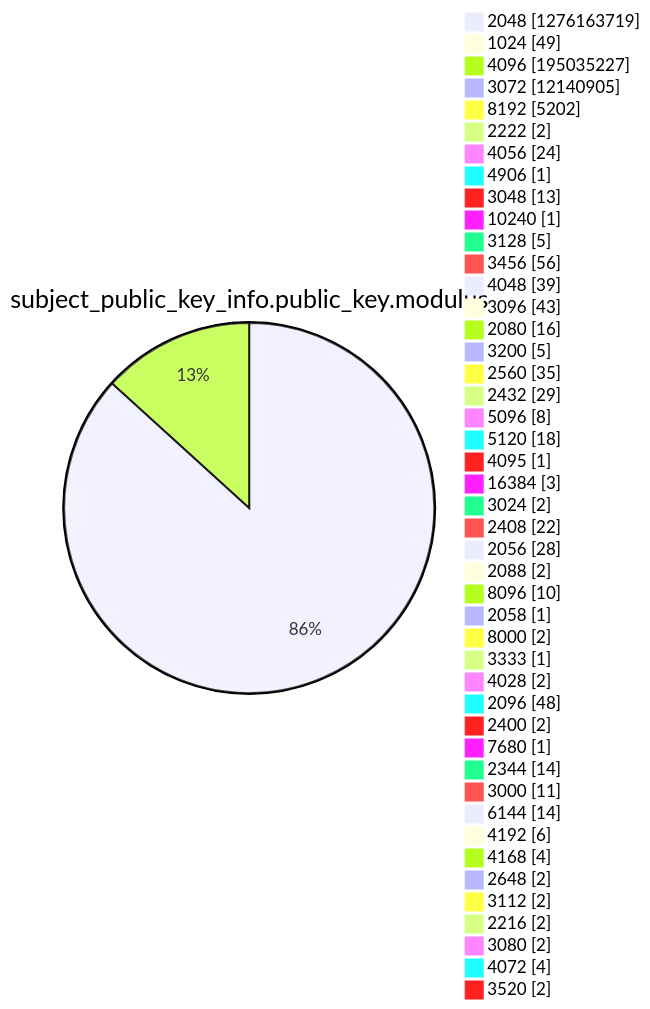
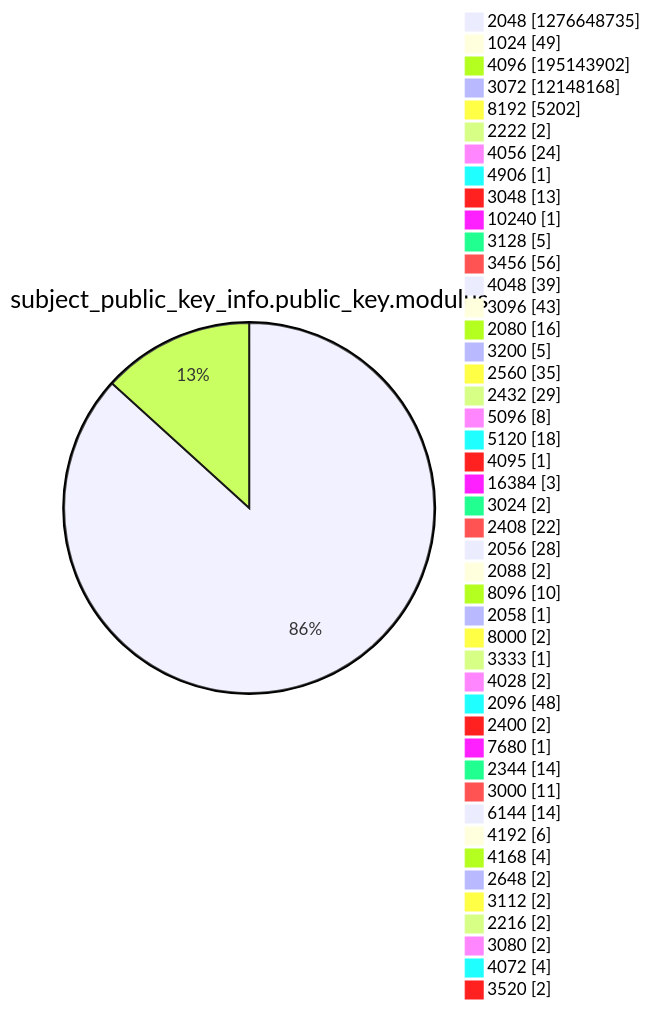
One commit to christiankrug/ctmonitor_visualization changed diagram 13 of 15 in xenon2022/README.md. Above: the diagram before and after it, drawn with Mermaid. The commit also changed other lines of this file, not shown here.

````diff
--- a/xenon2022/README.md
+++ b/xenon2022/README.md
@@ -3920,49 +3920,49 @@
 ```mermaid
 pie showData
 title subject_public_key_info.public_key.modulus
-"2048" :1276163719
+"2048" :1276648735
 "1024" :49
-"4096" :195035227
-"3072" :12140905
+"4096" :195143902
+"3072" :12148168
 "8192" :5202
 "2222" :2
 "4056" :24
 "4906" :1
 "3048" :13
 "10240" :1
 "3128" :5
 "3456" :56
 "4048" :39
 "3096" :43
 "2080" :16
 "3200" :5
 "2560" :35
 "2432" :29
 "5096" :8
 "5120" :18
 "4095" :1
 "16384" :3
 "3024" :2
 "2408" :22
 "2056" :28
 "2088" :2
 "8096" :10
 "2058" :1
 "8000" :2
 "3333" :1
 "4028" :2
 "2096" :48
 "2400" :2
 "7680" :1
 "2344" :14
 "3000" :11
 "6144" :14
 "4192" :6
 "4168" :4
 "2648" :2
 "3112" :2
 "2216" :2
 "3080" :2
 "4072" :4
 "3520" :2
 ```
````
